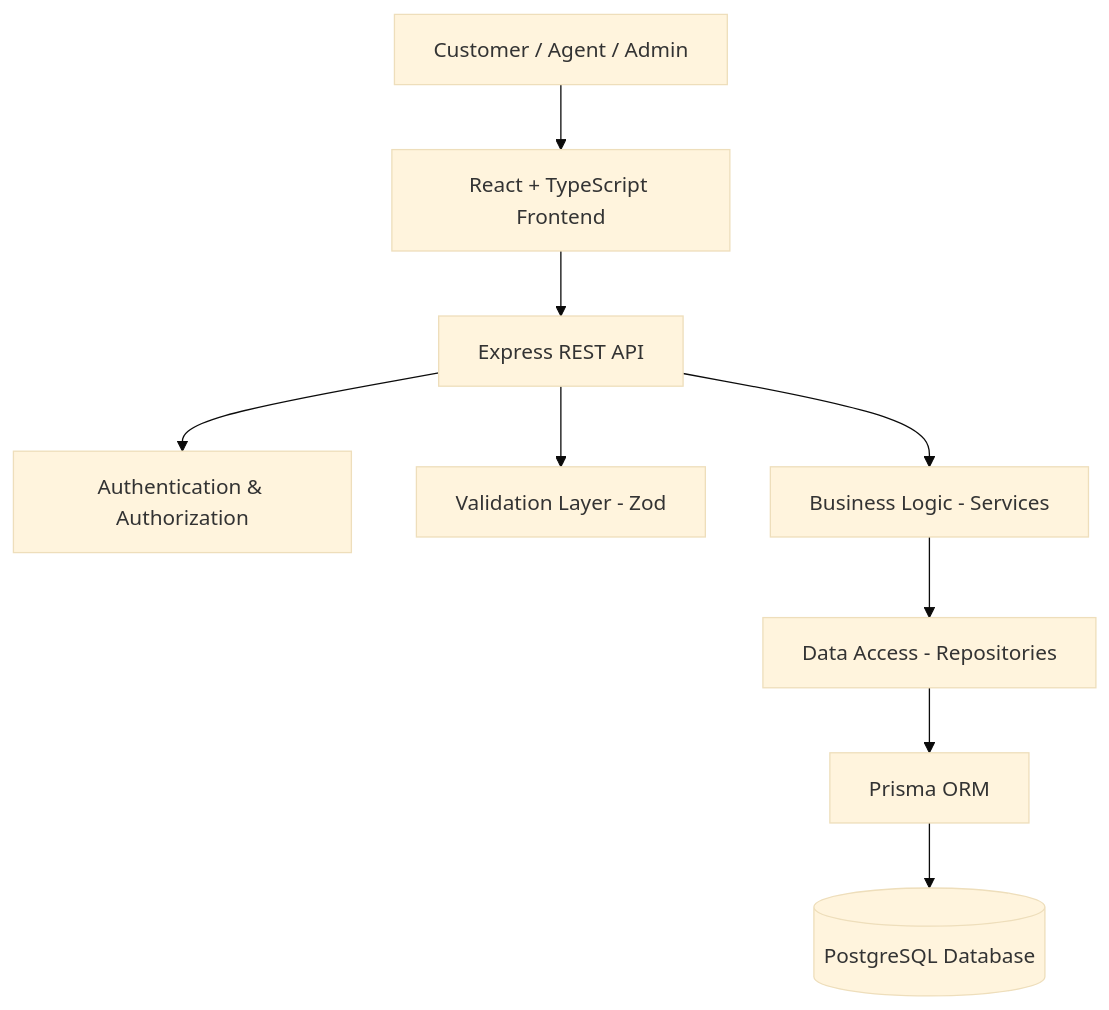
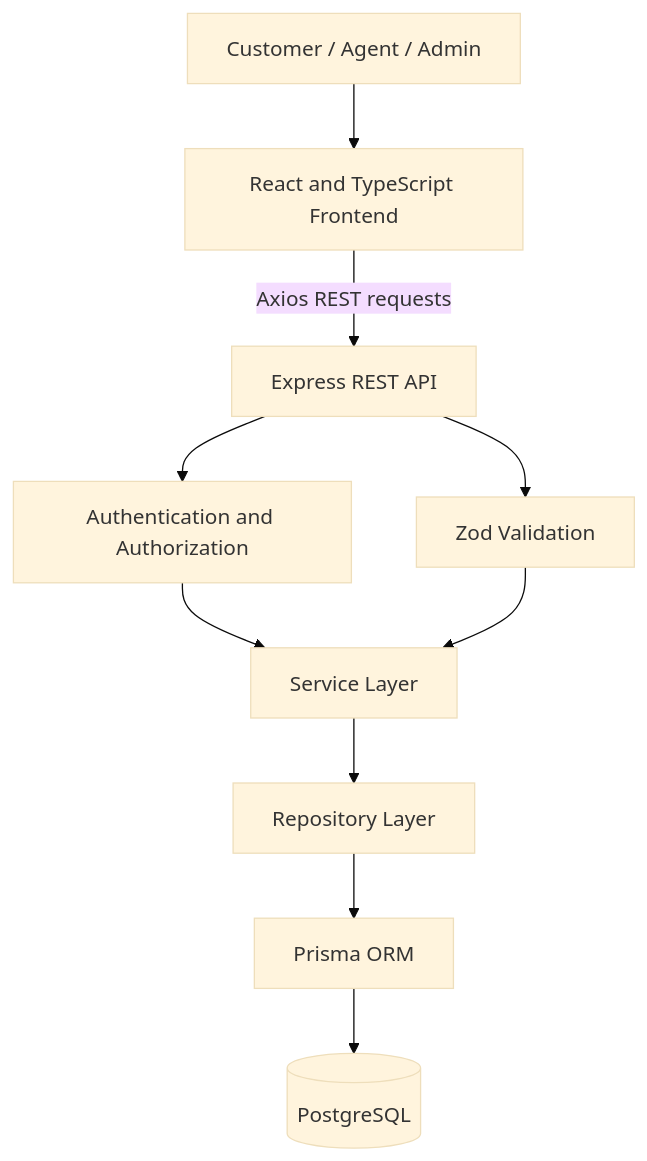
One commit to jaswanth187/Support_Desk changed the diagram in README.md. Above: the diagram before and after it, drawn with Mermaid (base theme). The commit also changed other lines of this file, not shown here.

````diff
--- a/README.md
+++ b/README.md
@@ -67,11 +94,12 @@
 ```mermaid
 flowchart TD
-    A[Customer / Agent / Admin] --> B[React + TypeScript Frontend]
-    B --> C[Express REST API]
-    C --> D[Authentication & Authorization]
-    C --> E[Validation Layer - Zod]
-    C --> F[Business Logic - Services]
-    F --> G[Data Access - Repositories]
-    G --> H[Prisma ORM]
-    H --> I[(PostgreSQL Database)]
+    U[Customer / Agent / Admin] --> F[React and TypeScript Frontend]
+    F -->|Axios REST requests| A[Express REST API]
+    A --> AUTH[Authentication and Authorization]
+    A --> VAL[Zod Validation]
+    AUTH --> SVC[Service Layer]
+    VAL --> SVC
+    SVC --> REPO[Repository Layer]
+    REPO --> ORM[Prisma ORM]
+    ORM --> DB[(PostgreSQL)]
 ```
````
